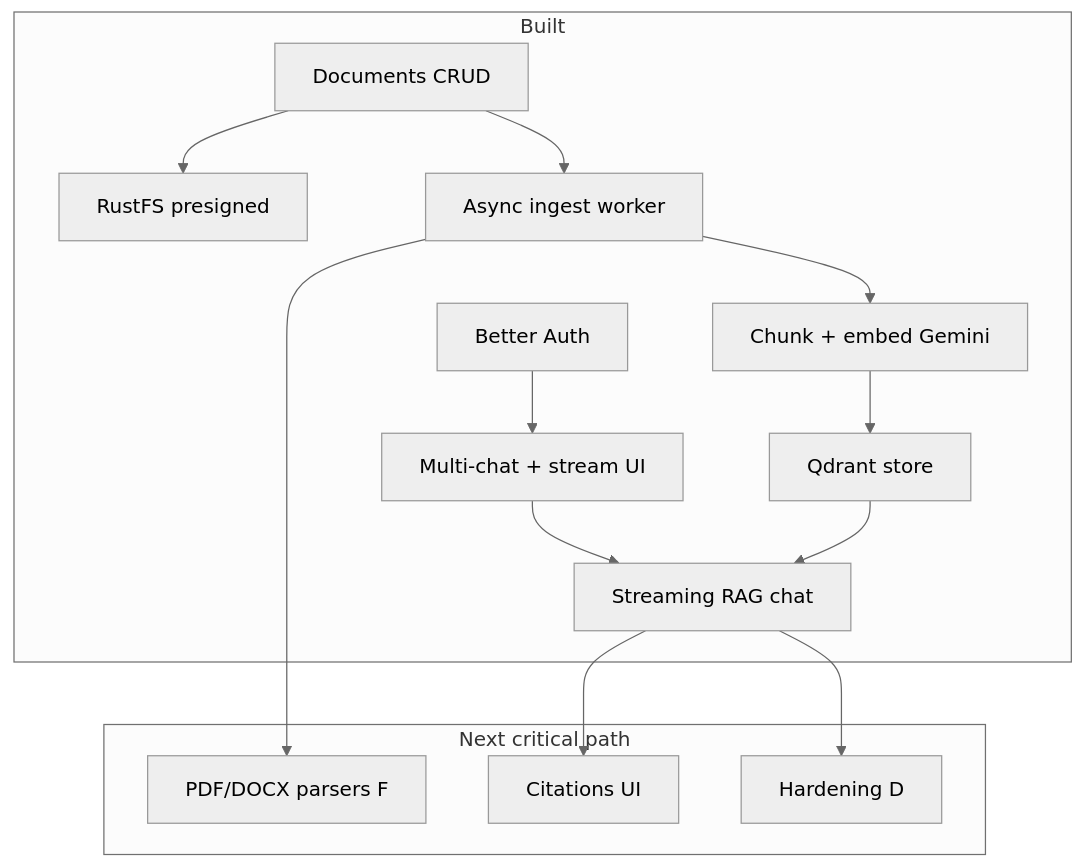
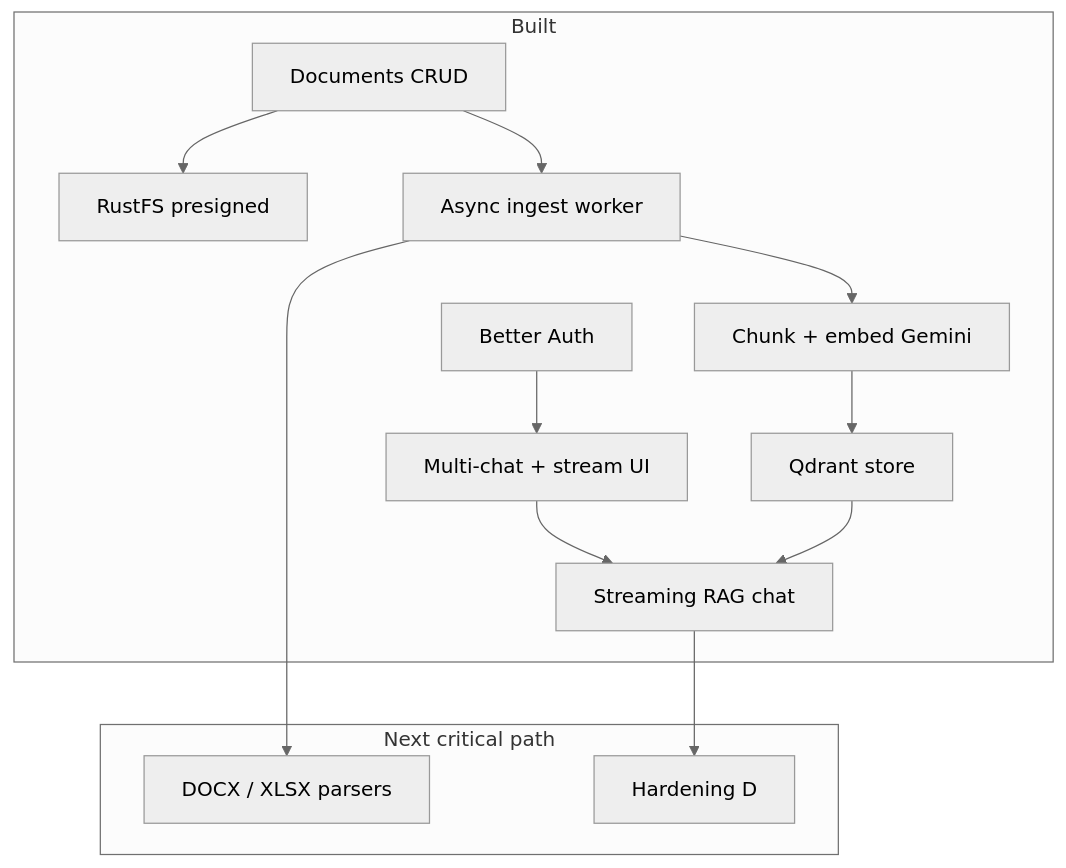
One commit to aniketicloud/documind-docs changed the diagram in content/docs/development/roadmap.mdx. Above: the diagram before and after it, drawn with Mermaid (neutral theme). The commit also changed other lines of this file and 7 other files, not shown here.

````diff
--- a/content/docs/development/roadmap.mdx
+++ b/content/docs/development/roadmap.mdx
@@ -25,29 +25,27 @@
 ```mermaid
 flowchart TB
   subgraph done [Built]
     Auth[Better Auth]
     ChatUI[Multi-chat + stream UI]
     Docs[Documents CRUD]
     S3[RustFS presigned]
     Ingest[Async ingest worker]
     Chunk[Chunk + embed Gemini]
     Qdrant[Qdrant store]
     LLM[Streaming RAG chat]
   end
 
   subgraph next [Next critical path]
-    PDF[PDF/DOCX parsers F]
-    Cite[Citations UI]
+    DOCX[DOCX / XLSX parsers]
     Prod[Hardening D]
   end
 
   Auth --> ChatUI
   Docs --> S3
   Docs --> Ingest
   Ingest --> Chunk --> Qdrant
   ChatUI --> LLM
   Qdrant --> LLM
-  Ingest --> PDF
-  LLM --> Cite
   LLM --> Prod
+  Ingest --> DOCX
 ```
````
